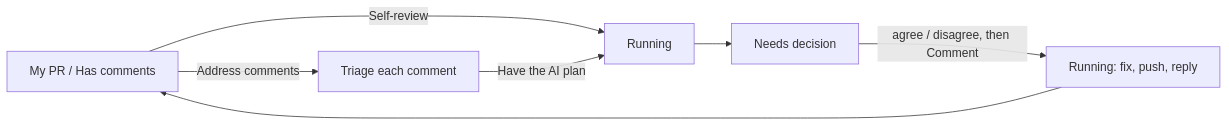
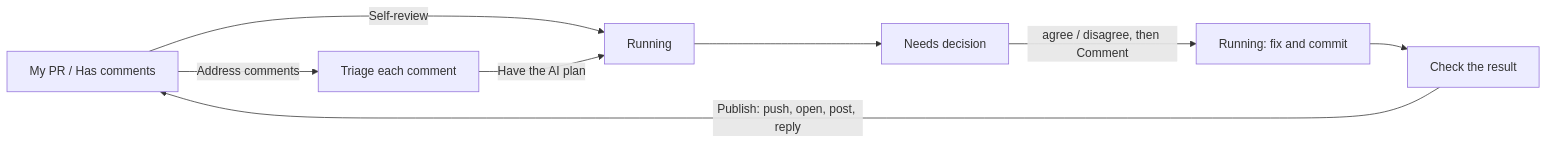
Before and after one commit to ruridev/docket-gits: the second of 2 diagrams in README.md, drawn with Mermaid. The commit also changed other lines of this file, not shown here.

````diff
--- a/README.md
+++ b/README.md
@@ -103,9 +103,10 @@
 ```mermaid
 flowchart LR
   M[My PR / Has comments] -->|Self-review| R[Running]
   M -->|Address comments| T[Triage each comment]
   T -->|Have the AI plan| R
   R --> P[Needs decision]
-  P -->|agree / disagree, then Comment| A[Running: fix, push, reply]
-  A --> M
+  P -->|agree / disagree, then Comment| A[Running: fix and commit]
+  A --> K[Check the result]
+  K -->|Publish: push, open, post, reply| M
 ```
````
